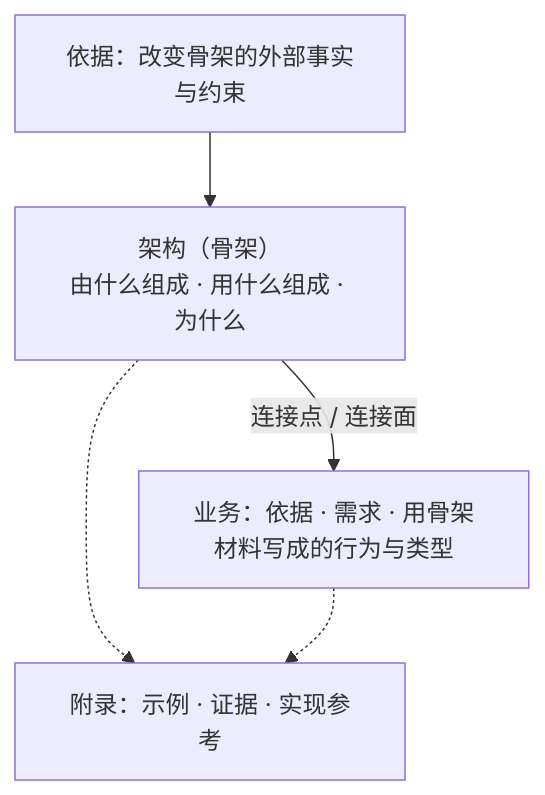
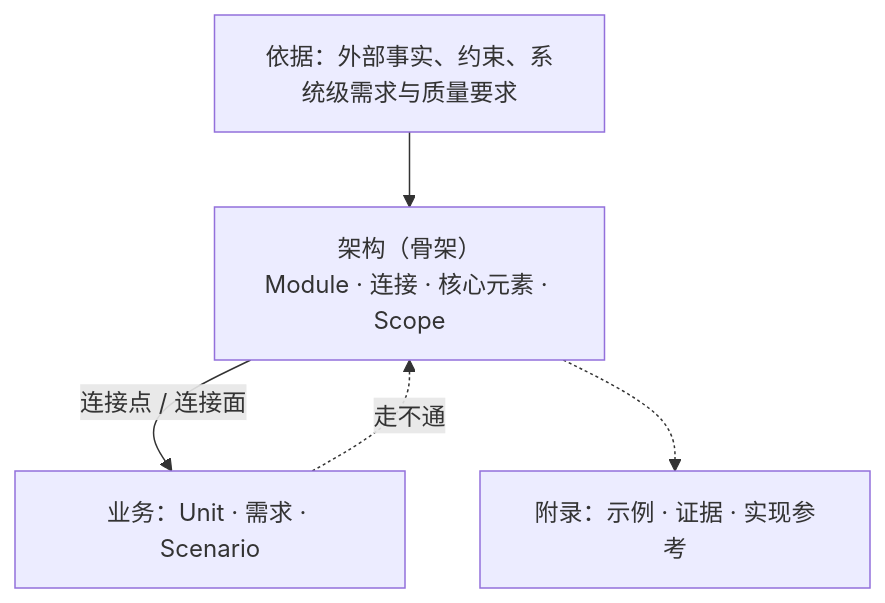
Before and after one commit to mouriya-s-lab/SSoT: the first of 2 diagrams in skills/software-design/SKILL.md, drawn with Mermaid. The commit also changed other lines of this file and 7 other files, not shown here.

Commit message:
software-design: write designs in a TypeScript design DSL; graph export and graph checks

````diff
--- a/skills/software-design/SKILL.md
+++ b/skills/software-design/SKILL.md
@@ -32,7 +31,7 @@
 ```mermaid
 flowchart TB
-    G["依据：改变骨架的外部事实与约束"] --> A["架构（骨架）<br/>由什么组成 · 用什么组成 · 为什么"]
-    A -->|"连接点 / 连接面"| B["业务：依据 · 需求 · 用骨架材料写成的行为与类型"]
+    G["依据：外部事实、约束、系统级需求与质量要求"] --> A["架构（骨架）<br/>Module · 连接 · 核心元素 · Scope"]
+    A -->|"连接点 / 连接面"| B["业务：Unit · 需求 · Scenario"]
+    B -.->|"走不通"| A
     A -.-> X["附录：示例 · 证据 · 实现参考"]
-    B -.-> X
 ```
````
